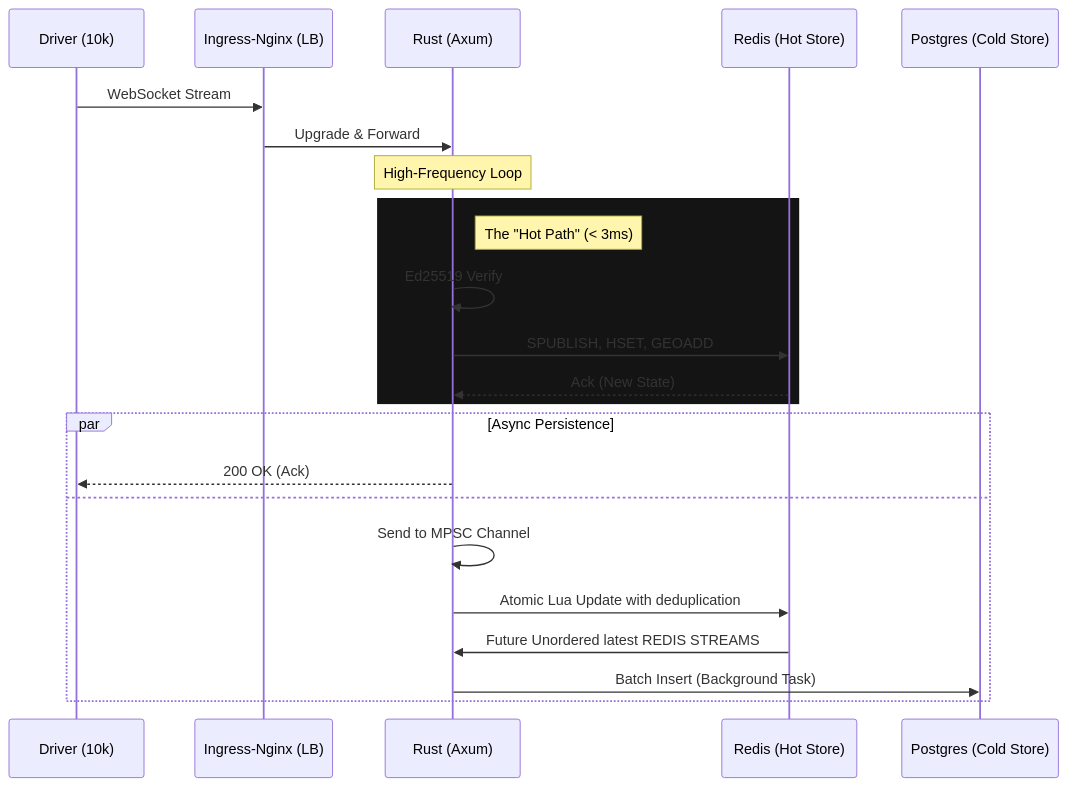
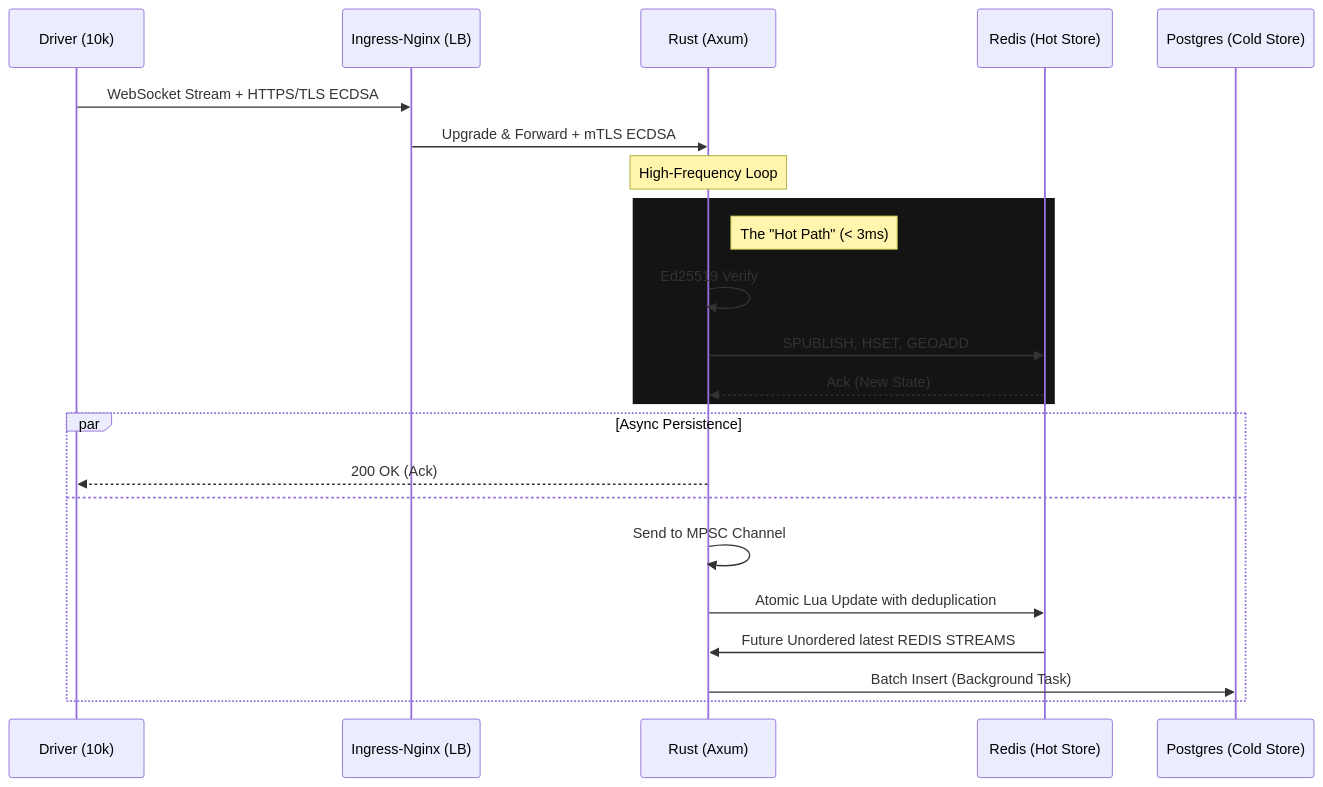
The first of 2 diagrams in README.md (fossabot/high-concurrency-logistics-engine), drawn with Mermaid before and after one commit.

````diff
--- a/README.md
+++ b/README.md
@@ -108,29 +108,29 @@
 ```mermaid
 sequenceDiagram
     participant C as Driver (10k)
     participant N as Ingress-Nginx (LB)
     participant R as Rust (Axum)
     participant D as Redis (Hot Store)
     participant P as Postgres (Cold Store)
 
-    C->>N: WebSocket Stream
-    N->>R: Upgrade & Forward
+    C->>N: WebSocket Stream + HTTPS/TLS ECDSA
+    N->>R: Upgrade & Forward + mTLS ECDSA
     
     Note over R: High-Frequency Loop
     
     rect rgb(20, 20, 20)
         Note right of R: The "Hot Path" (< 3ms)
         R->>R: Ed25519 Verify
         R->>D: SPUBLISH, HSET, GEOADD
         D-->>R: Ack (New State)
     end
 
     par Async Persistence
         R-->>C: 200 OK (Ack)
         and
         R->>R: Send to MPSC Channel
         R->>D: Atomic Lua Update with deduplication
         D->>R: Future Unordered latest REDIS STREAMS
         R->>P: Batch Insert (Background Task)
     end
 ```
````
